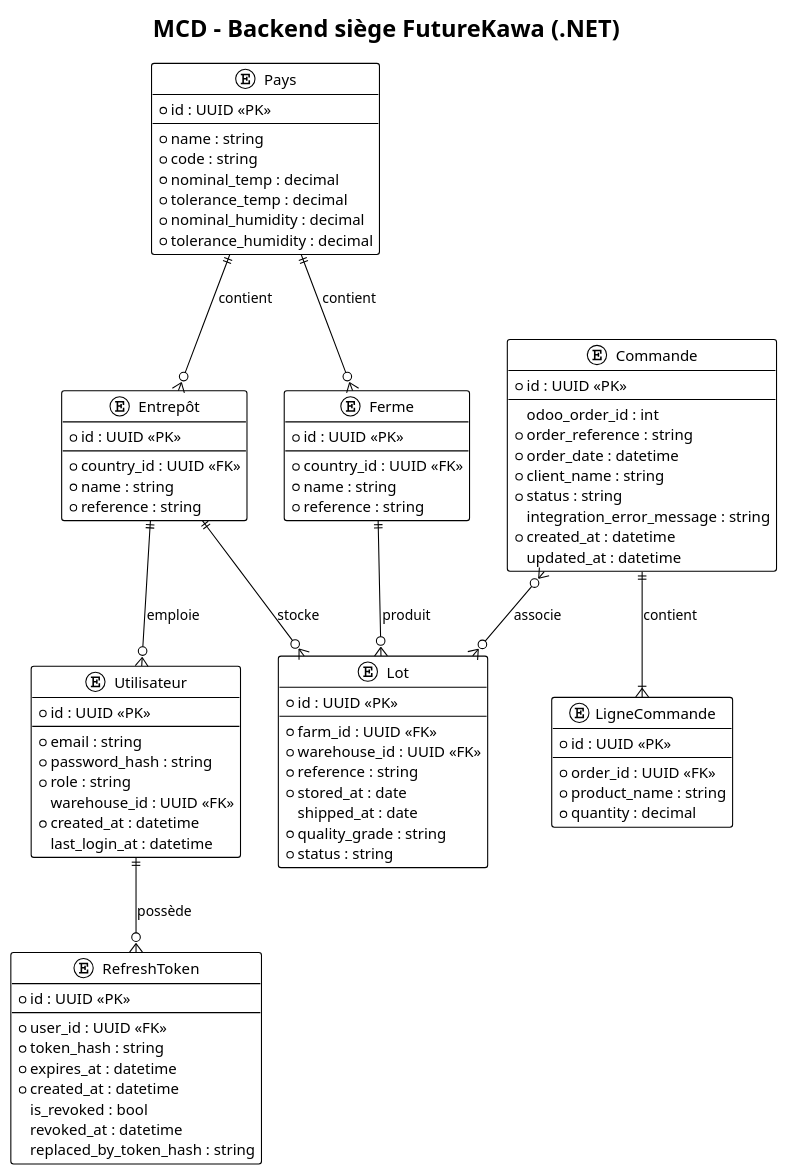
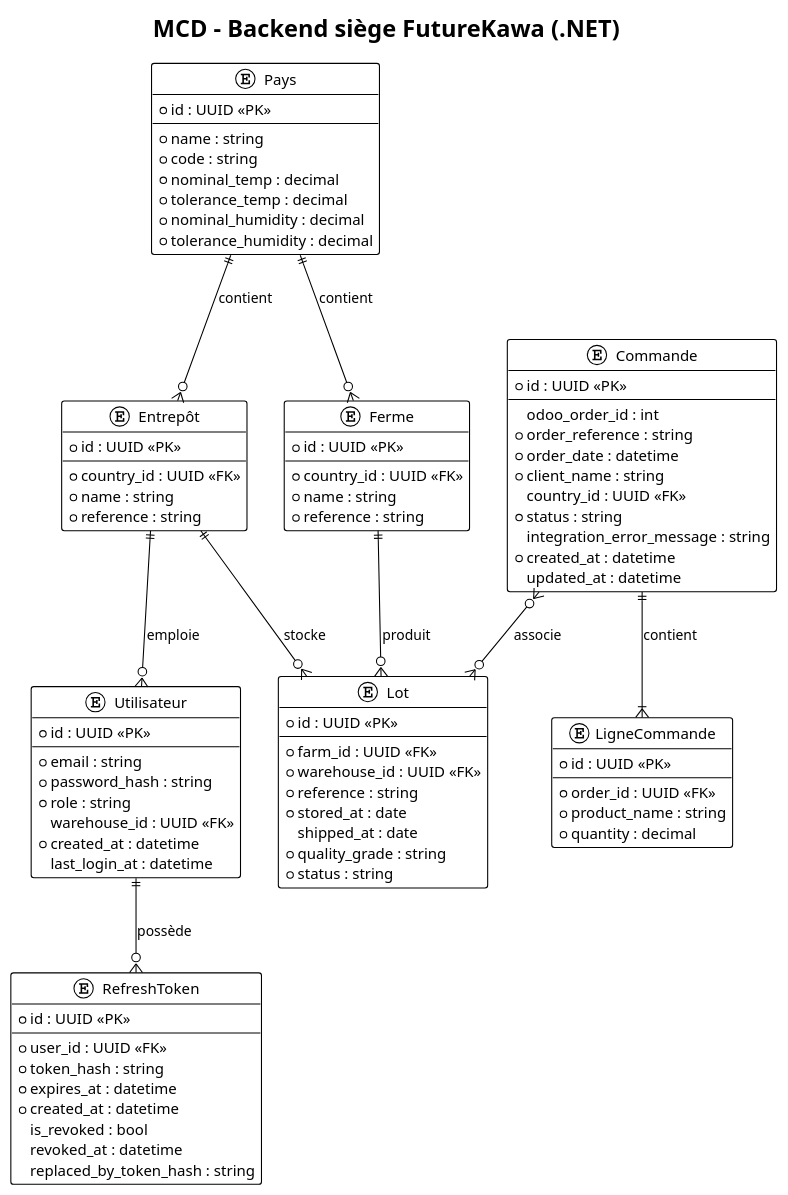
One commit to FutureKawa-Nte-G2/FutureKawa changed the diagram in Documentation/diagrammes/mcd_backend.puml. Above: the diagram before and after it, drawn with PlantUML. The commit also changed 19 other files, not shown here.

```diff
--- a/Documentation/diagrammes/mcd_backend.puml
+++ b/Documentation/diagrammes/mcd_backend.puml
@@ -1,100 +1,101 @@
 @startuml MCD_Backend_FutureKawa
 
 !theme plain
 
 title MCD - Backend siège FutureKawa (.NET)
 
 entity "Utilisateur" as User {
   * id : UUID <<PK>>
   --
   * email : string
   * password_hash : string
   * role : string
   warehouse_id : UUID <<FK>>
   * created_at : datetime
   last_login_at : datetime
 }
 
 entity "RefreshToken" as RefreshToken {
   * id : UUID <<PK>>
   --
   * user_id : UUID <<FK>>
   * token_hash : string
   * expires_at : datetime
   * created_at : datetime
   is_revoked : bool
   revoked_at : datetime
   replaced_by_token_hash : string
 }
 
 entity "Pays" as Country {
   * id : UUID <<PK>>
   --
   * name : string
   * code : string
   * nominal_temp : decimal
   * tolerance_temp : decimal
   * nominal_humidity : decimal
   * tolerance_humidity : decimal
 }
 
 entity "Ferme" as Farm {
   * id : UUID <<PK>>
   --
   * country_id : UUID <<FK>>
   * name : string
   * reference : string
 }
 
 entity "Entrepôt" as Warehouse {
   * id : UUID <<PK>>
   --
   * country_id : UUID <<FK>>
   * name : string
   * reference : string
 }
 
 entity "Lot" as Batch {
   * id : UUID <<PK>>
   --
   * farm_id : UUID <<FK>>
   * warehouse_id : UUID <<FK>>
   * reference : string
   * stored_at : date
   shipped_at : date
   * quality_grade : string
   * status : string
 }
 
 entity "Commande" as Order {
   * id : UUID <<PK>>
   --
   odoo_order_id : int
   * order_reference : string
   * order_date : datetime
   * client_name : string
+  country_id : UUID <<FK>>
   * status : string
   integration_error_message : string
   * created_at : datetime
   updated_at : datetime
 }
 
 entity "LigneCommande" as OrderLine {
   * id : UUID <<PK>>
   --
   * order_id : UUID <<FK>>
   * product_name : string
   * quantity : decimal
 }
 
 ' Relations conceptuelles
 User ||--o{ RefreshToken : "possède"
 Warehouse ||--o{ User : "emploie"
 Country ||--o{ Farm : "contient"
 Country ||--o{ Warehouse : "contient"
 Farm ||--o{ Batch : "produit"
 Warehouse ||--o{ Batch : "stocke"
 Order ||--|{ OrderLine : "contient"
 Order }o--o{ Batch : "associe"
 
 @enduml
```
